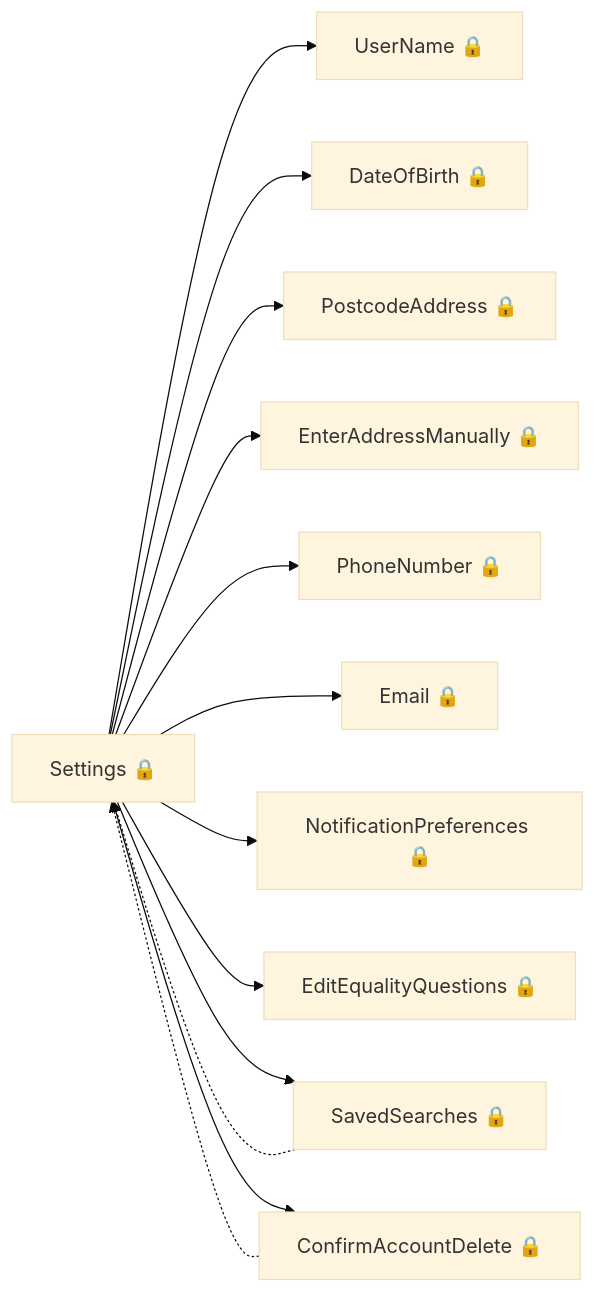
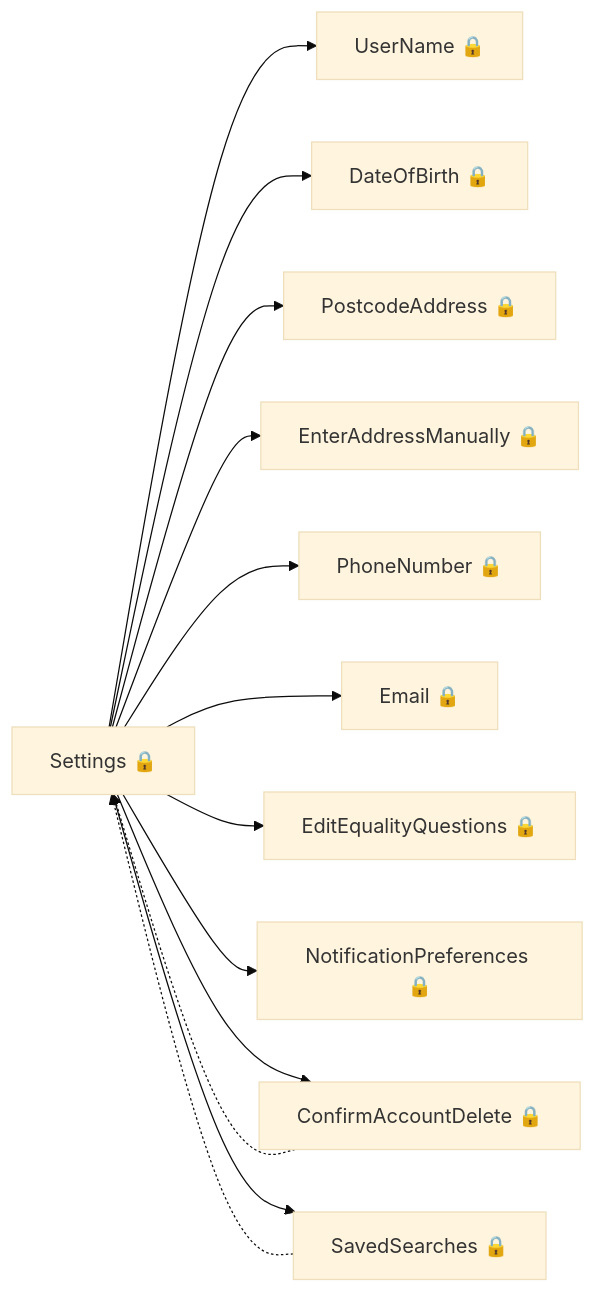
Before and after one commit to talentconsulting/atlas-dfe: the fifth of 8 diagrams in das-findapprenticeship-web/user-journeys/user-journeys.md, drawn with Mermaid (base theme). The commit also changed other lines of this file and 22 other files, not shown here.

````diff
--- a/das-findapprenticeship-web/user-journeys/user-journeys.md
+++ b/das-findapprenticeship-web/user-journeys/user-journeys.md
@@ -64,15 +80,15 @@
 ```mermaid
 flowchart LR
   p0["Settings 🔒"] --> p1["UserName 🔒"]
   p0["Settings 🔒"] --> p2["DateOfBirth 🔒"]
   p0["Settings 🔒"] --> p3["PostcodeAddress 🔒"]
   p0["Settings 🔒"] --> p4["EnterAddressManually 🔒"]
   p0["Settings 🔒"] --> p5["PhoneNumber 🔒"]
   p0["Settings 🔒"] --> p6["Email 🔒"]
-  p0["Settings 🔒"] --> p7["NotificationPreferences 🔒"]
-  p0["Settings 🔒"] --> p8["EditEqualityQuestions 🔒"]
-  p0["Settings 🔒"] --> p9["SavedSearches 🔒"]
-  p9["SavedSearches 🔒"] -.-> p0["Settings 🔒"]
-  p0["Settings 🔒"] --> p10["ConfirmAccountDelete 🔒"]
-  p10["ConfirmAccountDelete 🔒"] -.-> p0["Settings 🔒"]
+  p0["Settings 🔒"] --> p7["EditEqualityQuestions 🔒"]
+  p0["Settings 🔒"] --> p8["NotificationPreferences 🔒"]
+  p0["Settings 🔒"] --> p9["ConfirmAccountDelete 🔒"]
+  p9["ConfirmAccountDelete 🔒"] -.-> p0["Settings 🔒"]
+  p0["Settings 🔒"] --> p10["SavedSearches 🔒"]
+  p10["SavedSearches 🔒"] -.-> p0["Settings 🔒"]
 ```
````
